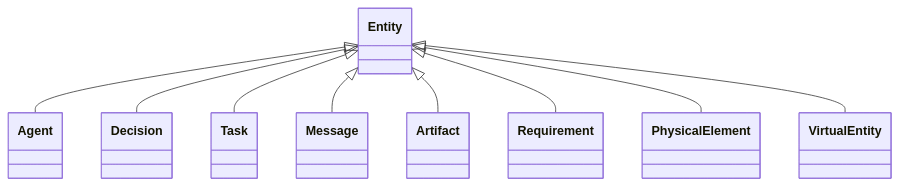
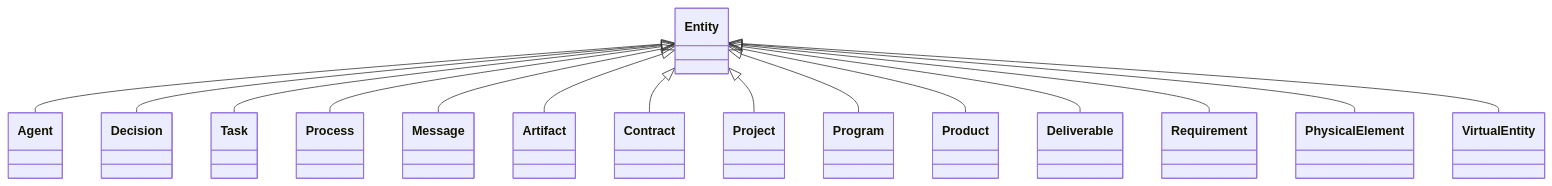
One commit to simondilhas/pragmatic-bim-data-contract changed the diagram in .md-src/schema/Entity.md. Above: the diagram before and after it, drawn with Mermaid. The commit also changed other lines of this file and 4172 other files, not shown here.

````diff
--- a/.md-src/schema/Entity.md
+++ b/.md-src/schema/Entity.md
@@ -25,31 +25,43 @@
 ```mermaid
 classDiagram
 direction TB
 class Entity
 click Entity href "./Entity.html" _blank
 Entity <|-- Agent
 click Agent href "./Agent.html" _blank
 Entity <|-- Decision
 click Decision href "./Decision.html" _blank
 Entity <|-- Task
 click Task href "./Task.html" _blank
+Entity <|-- Process
+click Process href "./Process.html" _blank
 Entity <|-- Message
 click Message href "./Message.html" _blank
 Entity <|-- Artifact
 click Artifact href "./Artifact.html" _blank
+Entity <|-- Contract
+click Contract href "./Contract.html" _blank
+Entity <|-- Project
+click Project href "./Project.html" _blank
+Entity <|-- Program
+click Program href "./Program.html" _blank
+Entity <|-- Product
+click Product href "./Product.html" _blank
+Entity <|-- Deliverable
+click Deliverable href "./Deliverable.html" _blank
 Entity <|-- Requirement
 click Requirement href "./Requirement.html" _blank
 Entity <|-- PhysicalElement
 click PhysicalElement href "./PhysicalElement.html" _blank
 Entity <|-- VirtualEntity
 click VirtualEntity href "./VirtualEntity.html" _blank
 click Entity href "./Entity.html" _blank
 click Classification href "./Classification.html" _blank
 click GeometryRepresentation href "./GeometryRepresentation.html" _blank
 click LocalizedText href "./LocalizedText.html" _blank
 click LocalizedText href "./LocalizedText.html" _blank
 click MetadataEntry href "./MetadataEntry.html" _blank
 click PerformanceProperty href "./PerformanceProperty.html" _blank
 click QuantityValue href "./QuantityValue.html" _blank
 click StatusType href "./StatusType.html" _blank
 ```
````
